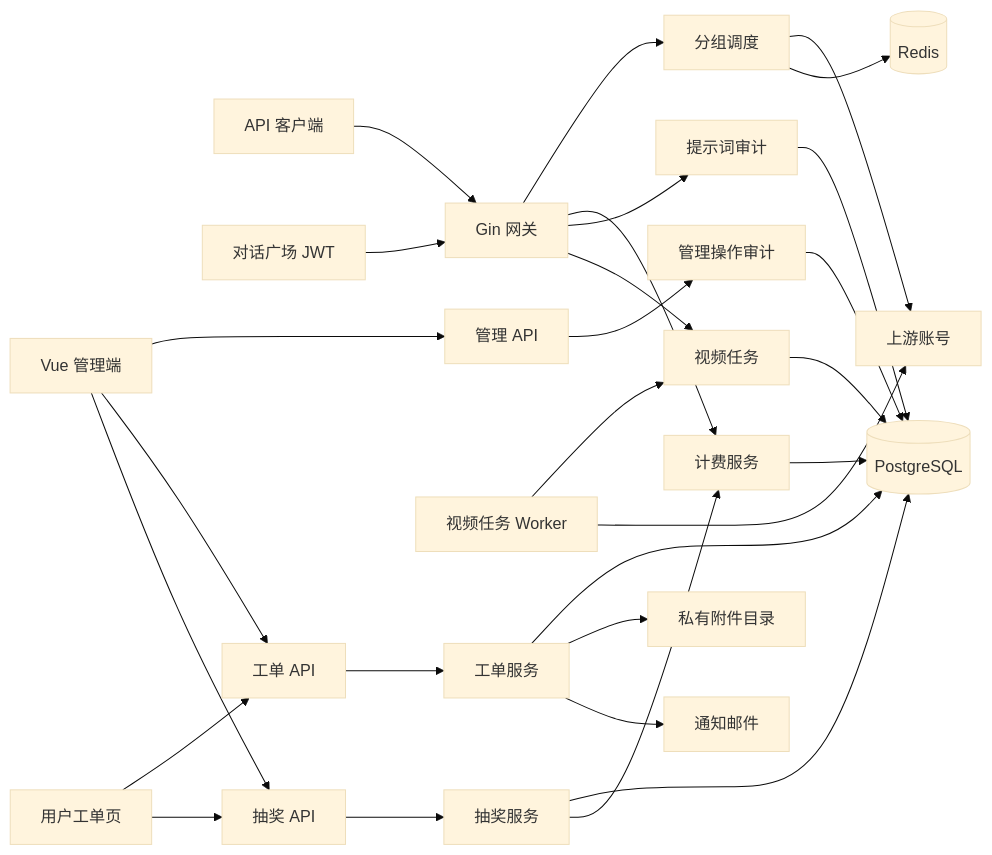
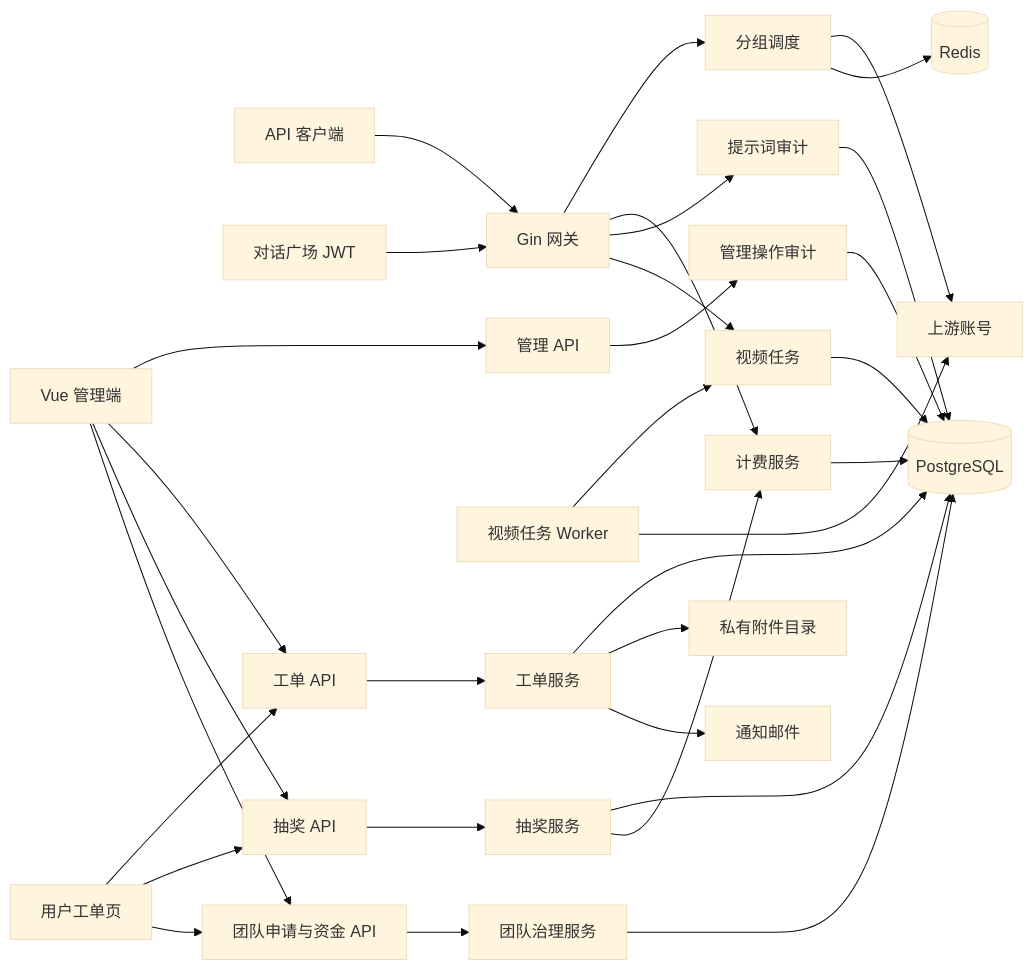
The diagram in helloagents/wiki/arch.md (VCnoC/sub2api), drawn with Mermaid (base theme) before and after one commit. The commit also changed other lines of this file and 148 other files, not shown here.

````diff
--- a/helloagents/wiki/arch.md
+++ b/helloagents/wiki/arch.md
@@ -5,30 +5,34 @@
 ```mermaid
 flowchart LR
     Client[API 客户端] --> Gateway[Gin 网关]
     Playground[对话广场 JWT] --> Gateway
     Admin[Vue 管理端] --> AdminAPI[管理 API]
     Gateway --> Scheduler[分组调度]
     Scheduler --> Account[上游账号]
     Gateway --> Billing[计费服务]
     Gateway --> PromptAudit[提示词审计]
     AdminAPI --> AuditLog[管理操作审计]
     Billing --> PG[(PostgreSQL)]
     PromptAudit --> PG
     AuditLog --> PG
     Gateway --> VideoTask[视频任务]
     VideoTask --> PG
     Worker[视频任务 Worker] --> VideoTask
     Worker --> Account
     Scheduler --> Redis[(Redis)]
     UserUI[用户工单页] --> TicketAPI[工单 API]
     Admin --> TicketAPI
     TicketAPI --> TicketService[工单服务]
     TicketService --> PG
     TicketService --> TicketFiles[私有附件目录]
     TicketService --> Mail[通知邮件]
     UserUI --> LotteryAPI[抽奖 API]
     Admin --> LotteryAPI
     LotteryAPI --> LotteryService[抽奖服务]
     LotteryService --> PG
     LotteryService --> Billing
+    UserUI --> TeamAPI[团队申请与资金 API]
+    Admin --> TeamAPI
+    TeamAPI --> TeamService[团队治理服务]
+    TeamService --> PG
 ```
````
